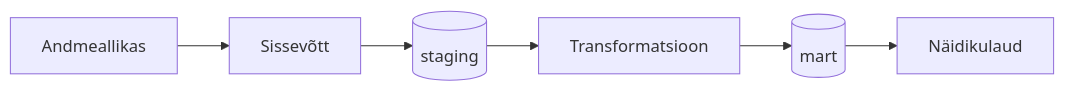
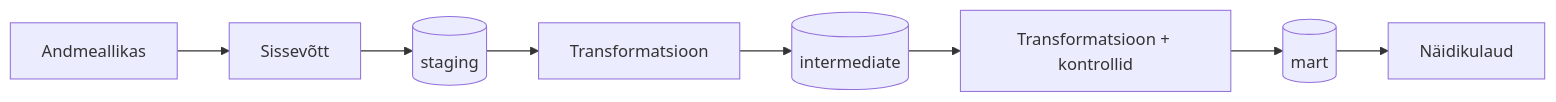
Before and after one commit to 6ie/andmeinseneeria-projektitoo-2026: the diagram in README.md, drawn with Mermaid. The commit also changed other lines of this file, not shown here.

Commit message:
Update README with flowchart and data quality tests

````diff
--- a/README.md
+++ b/README.md
@@ -20,8 +20,10 @@
 ```mermaid
 flowchart LR
     source[Andmeallikas] --> ingest[Sissevõtt]
     ingest --> staging[(staging)]
     staging --> transform[Transformatsioon]
-    transform --> mart[(mart)]
+    transform --> intermediate[(intermediate)]
+    intermediate --> transform+validation[Transformatsioon + kontrollid]
+    transform+validation --> mart[(mart)]
     mart --> dashboard[Näidikulaud]
 ```
````
